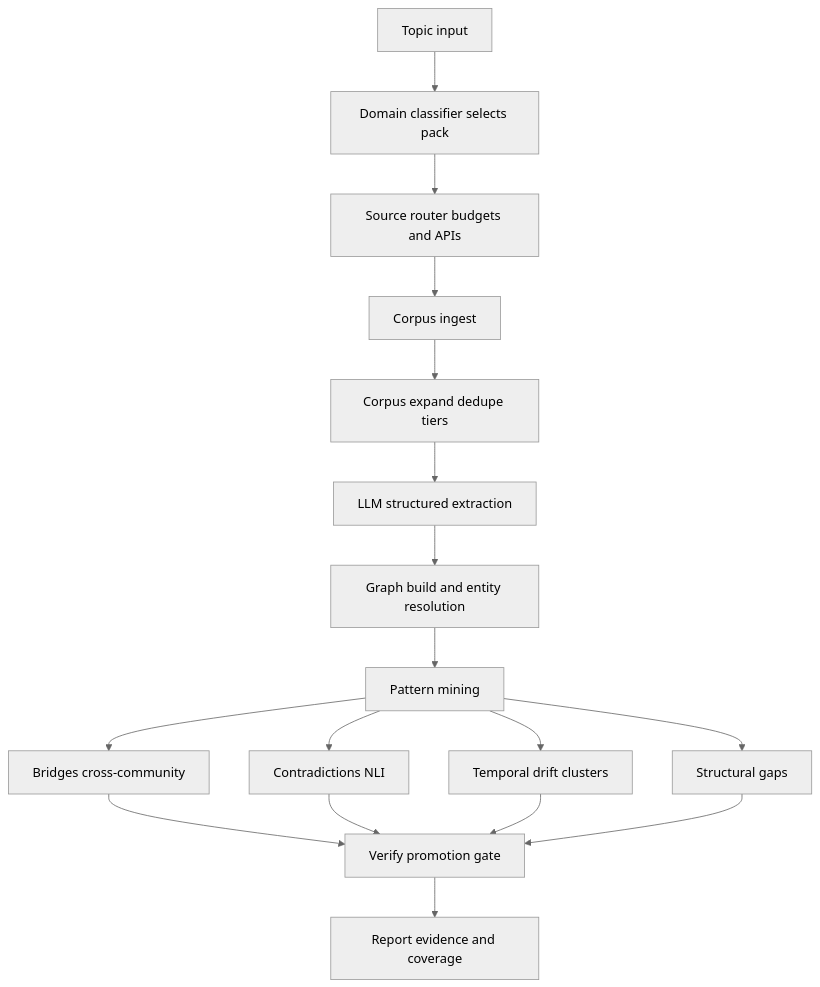
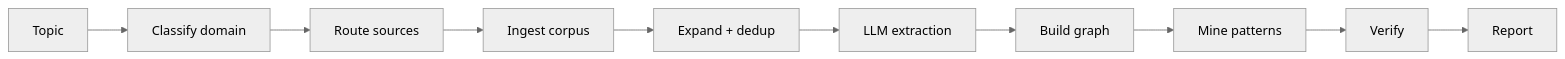
The second of 3 diagrams in README.md (krish1236/pattern-discovery-agent), drawn with Mermaid (neutral theme) before and after one commit. The commit also changed other lines of this file and 8 other files, not shown here.

````diff
--- a/README.md
+++ b/README.md
@@ -41,19 +98,12 @@
 ```mermaid
-flowchart TB
-  T[Topic input] --> DC[Domain classifier selects pack]
-  DC --> SR[Source router budgets and APIs]
-  SR --> ING[Corpus ingest]
-  ING --> EXP[Corpus expand dedupe tiers]
-  EXP --> EXT[LLM structured extraction]
-  EXT --> GB[Graph build and entity resolution]
-  GB --> PM[Pattern mining]
-  PM --> BR[Bridges cross-community]
-  PM --> CT[Contradictions NLI]
-  PM --> DR[Temporal drift clusters]
-  PM --> GP[Structural gaps]
-  BR --> VF[Verify promotion gate]
-  CT --> VF
-  DR --> VF
-  GP --> VF
-  VF --> RP[Report evidence and coverage]
+flowchart LR
+  T[Topic] --> DC[Classify domain]
+  DC --> SR[Route sources]
+  SR --> ING[Ingest corpus]
+  ING --> EXP[Expand + dedup]
+  EXP --> EXT[LLM extraction]
+  EXT --> GB[Build graph]
+  GB --> PM[Mine patterns]
+  PM --> VF[Verify]
+  VF --> RP[Report]
 ```
````
